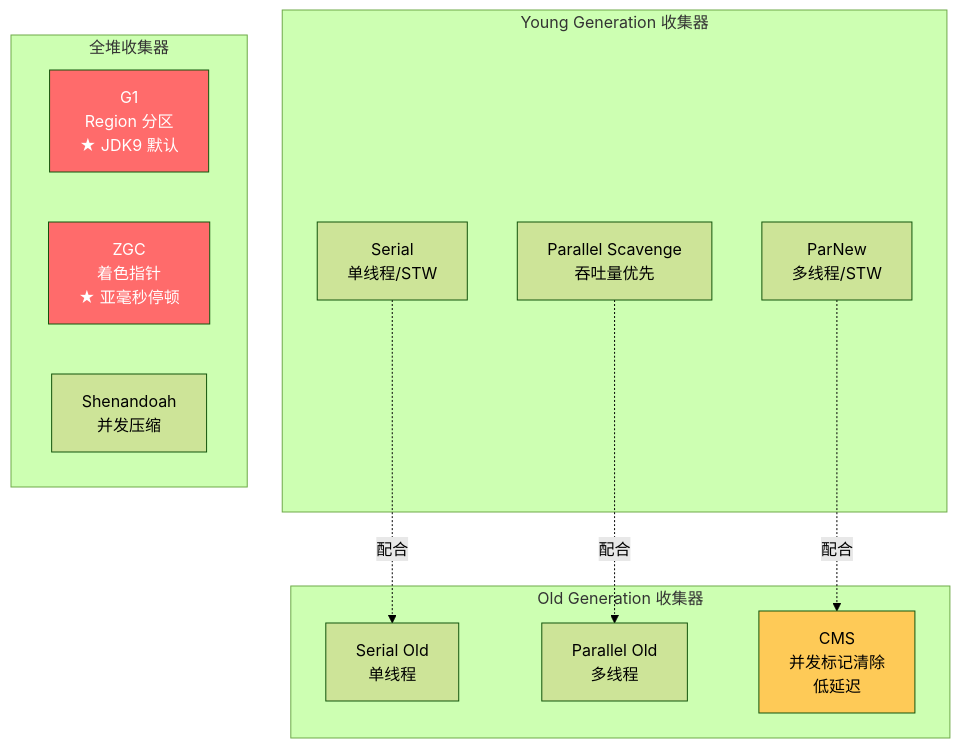
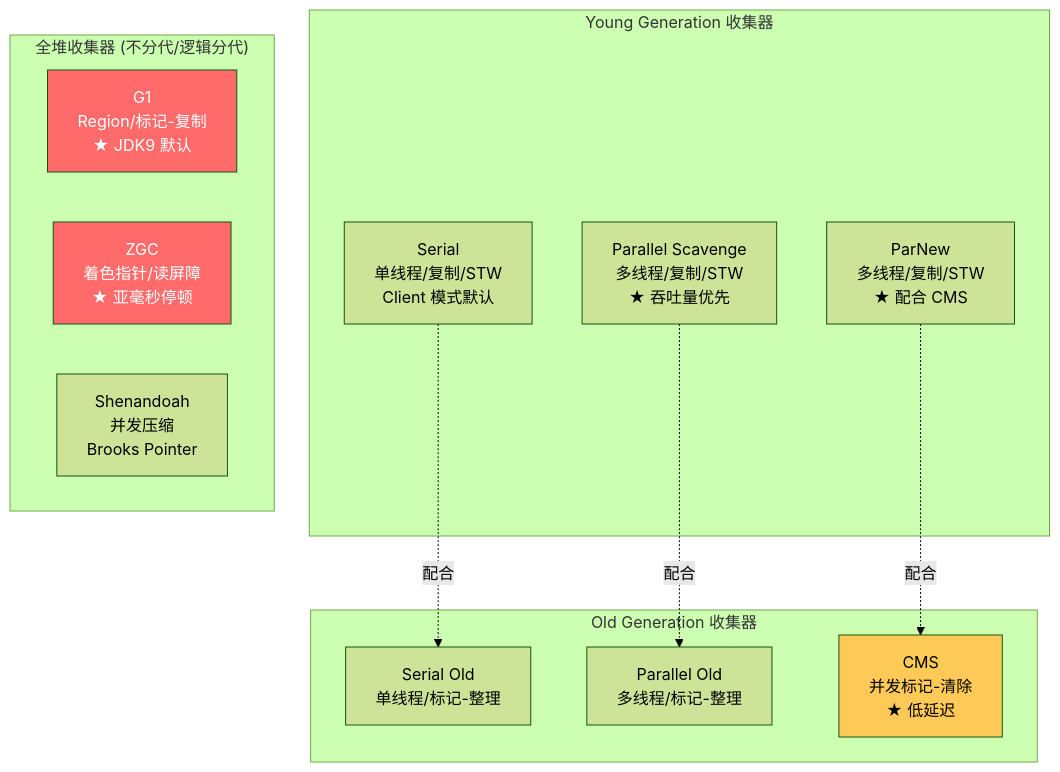
The seventh of 34 diagrams in document/strengthen/性能调优面试总结_增强版.md (qigao0787-ops/gq-test), drawn with Mermaid (forest theme) before and after one commit. The commit also changed other lines of this file, not shown here.

````diff
--- a/document/strengthen/性能调优面试总结_增强版.md
+++ b/document/strengthen/性能调优面试总结_增强版.md
@@ -221,28 +493,28 @@
 ```mermaid
 flowchart TB
     subgraph Young["Young Generation 收集器"]
-        S[Serial<br/>单线程/STW]
-        PN[ParNew<br/>多线程/STW]
-        PS[Parallel Scavenge<br/>吞吐量优先]
+        S[Serial<br/>单线程/复制/STW<br/>Client 模式默认]
+        PN[ParNew<br/>多线程/复制/STW<br/>★ 配合 CMS]
+        PS[Parallel Scavenge<br/>多线程/复制/STW<br/>★ 吞吐量优先]
     end
 
     subgraph Old["Old Generation 收集器"]
-        SO[Serial Old<br/>单线程]
-        PO[Parallel Old<br/>多线程]
-        CMS[CMS<br/>并发标记清除<br/>低延迟]
+        SO[Serial Old<br/>单线程/标记-整理]
+        PO[Parallel Old<br/>多线程/标记-整理]
+        CMS[CMS<br/>并发标记-清除<br/>★ 低延迟]
     end
 
-    subgraph 全堆["全堆收集器"]
-        G1[G1<br/>Region 分区<br/>★ JDK9 默认]
-        ZGC[ZGC<br/>着色指针<br/>★ 亚毫秒停顿]
-        SH[Shenandoah<br/>并发压缩]
+    subgraph 全堆["全堆收集器 (不分代/逻辑分代)"]
+        G1[G1<br/>Region/标记-复制<br/>★ JDK9 默认]
+        ZGC[ZGC<br/>着色指针/读屏障<br/>★ 亚毫秒停顿]
+        SH[Shenandoah<br/>并发压缩<br/>Brooks Pointer]
     end
 
     S -.配合.-> SO
     PN -.配合.-> CMS
     PS -.配合.-> PO
 
     style G1 fill:#ff6b6b,color:#fff
     style ZGC fill:#ff6b6b,color:#fff
     style CMS fill:#feca57
 ```
````
